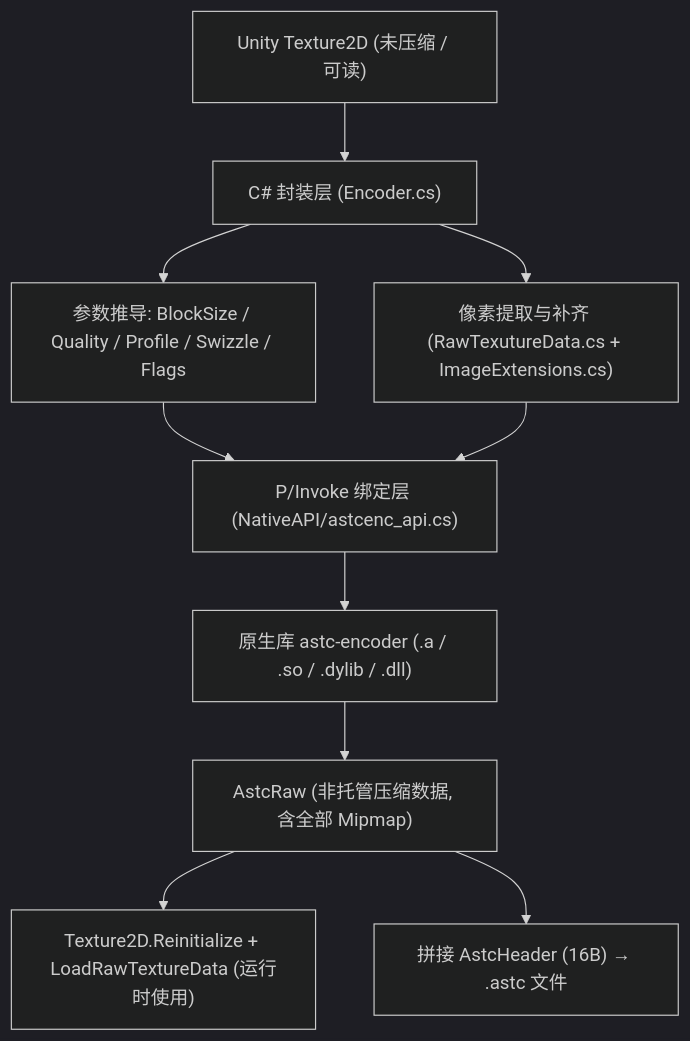
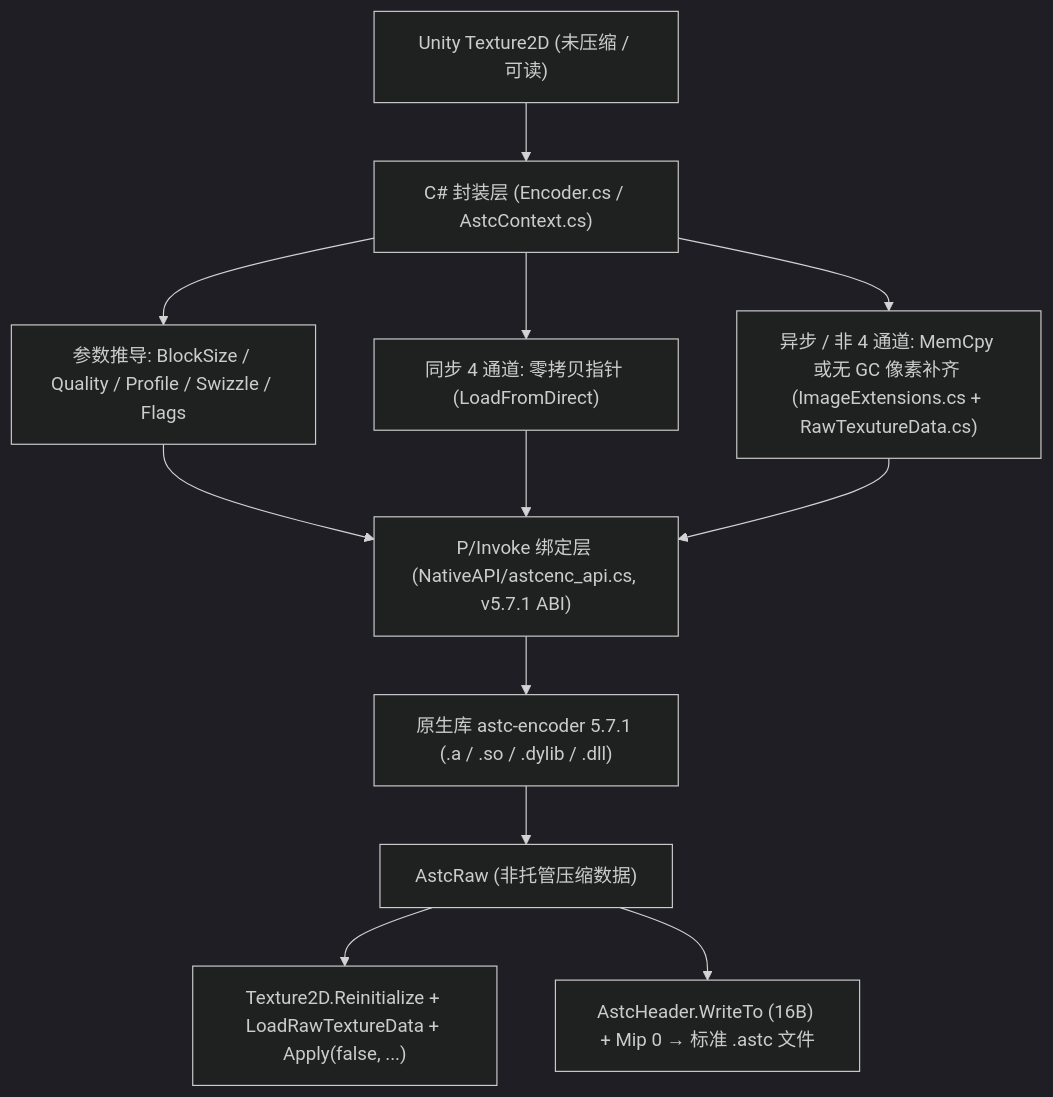
The diagram in README.md (Overflowu/Runtime-ASTC-Encoder-For-Unity), drawn with Mermaid (dark theme) before and after one commit. The commit also changed other lines of this file, not shown here.

Commit message:
Update README.md for astc-encoder v5.7.1, AstcContext, async/multi-threaded API, and CI workflow

````diff
--- a/README.md
+++ b/README.md
@@ -189,12 +241,14 @@
 ```mermaid
 flowchart TD
-    A["Unity Texture2D (未压缩 / 可读)"] --> B["C# 封装层 (Encoder.cs)"]
+    A["Unity Texture2D (未压缩 / 可读)"] --> B["C# 封装层 (Encoder.cs / AstcContext.cs)"]
     B --> C["参数推导: BlockSize / Quality / Profile / Swizzle / Flags"]
-    B --> D["像素提取与补齐 (RawTexutureData.cs + ImageExtensions.cs)"]
-    C --> E["P/Invoke 绑定层 (NativeAPI/astcenc_api.cs)"]
-    D --> E
-    E --> F["原生库 astc-encoder (.a / .so / .dylib / .dll)"]
-    F --> G["AstcRaw (非托管压缩数据, 含全部 Mipmap)"]
-    G --> H1["Texture2D.Reinitialize + LoadRawTextureData (运行时使用)"]
-    G --> H2["拼接 AstcHeader (16B) → .astc 文件"]
+    B --> D1["同步 4 通道: 零拷贝指针 (LoadFromDirect)"]
+    B --> D2["异步 / 非 4 通道: MemCpy 或无 GC 像素补齐 (ImageExtensions.cs + RawTexutureData.cs)"]
+    C --> E["P/Invoke 绑定层 (NativeAPI/astcenc_api.cs, v5.7.1 ABI)"]
+    D1 --> E
+    D2 --> E
+    E --> F["原生库 astc-encoder 5.7.1 (.a / .so / .dylib / .dll)"]
+    F --> G["AstcRaw (非托管压缩数据)"]
+    G --> H1["Texture2D.Reinitialize + LoadRawTextureData + Apply(false, ...)"]
+    G --> H2["AstcHeader.WriteTo (16B) + Mip 0 → 标准 .astc 文件"]
 ```
````
